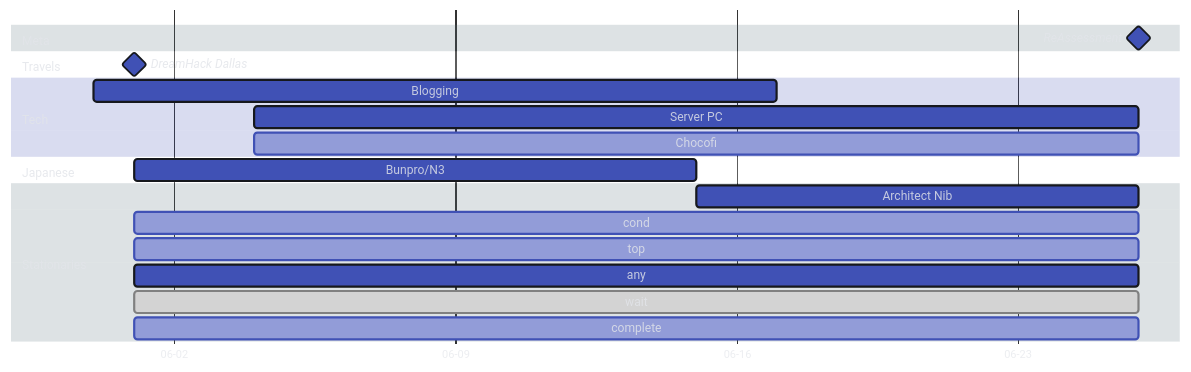
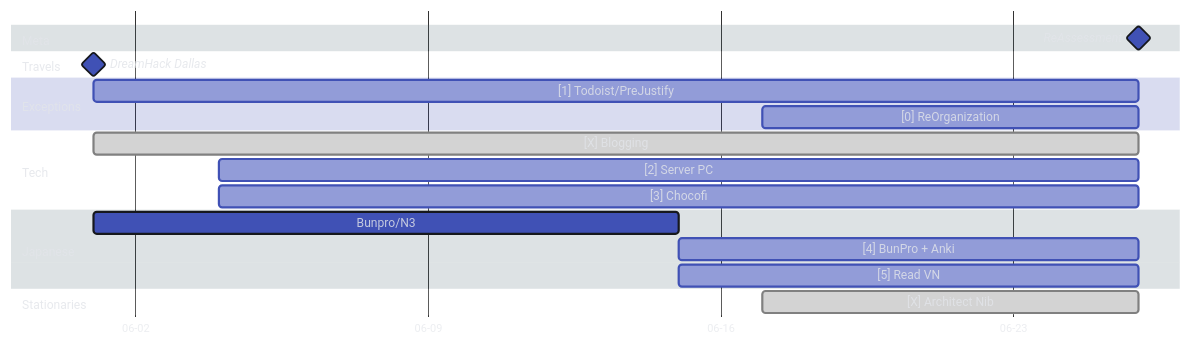
The first of 2 diagrams in docs/index.md (Serralq/Project-Norn), drawn with Mermaid before and after one commit. The commit also changed other lines of this file, not shown here.

````diff
--- a/docs/index.md
+++ b/docs/index.md
@@ -47,44 +48,47 @@
     ``` mermaid
     %%{
       init: {
         'theme': 'base',
         'themeVariables': {
-            'darkMode': 'true',
-            'fontFamily': 'hermit',
-            'primaryColor': '#4051b5',
-            'primaryBorderColor': '#16181D',
-            'tertiaryColor': '#546d78',
-            'tertiaryTextColor': '#E2E4E9D1',
-            'textColor': '#E2E4E9D1',
-            'noteTextColor': '#E2E4E9D1'
+          'darkMode': 'true',
+          'fontFamily': 'hermit',
+          'primaryColor': '#4051b5',
+          'primaryBorderColor': '#16181D',
+          'tertiaryColor': '#546d78',
+          'tertiaryTextColor': '#E2E4E9D1',
+          'textColor': '#E2E4E9D1',
+          'noteTextColor': '#E2E4E9D1'
         }
       }
     }%%
     gantt
-        dateFormat YY-MM-DD
-        axisFormat %m-%d
-        tickInterval 1week
-        todayMarker stroke-width:3px,stroke:#E2E4E9,opacity:0.5
-        
-        section Meta
-            ReAssessment              :milestone,  m1, 24-06-26, 0d
+      dateFormat YY-MM-DD
+      axisFormat %m-%d
+      tickInterval 1week
+      todayMarker stroke-width:3px,stroke:#E2E4E9,opacity:0.5
+      
+      section Meta
+        ReAssessment              :milestone,  m1, 24-06-26, 0d
 
-        section Travels
-            DreamHack Dallas          :milestone,  v1, 24-06-01, 0d
+      section Travels
+        DreamHack Dallas          :milestone,  v1, 24-06-01, 0d
+          
+      section Exceptions
+        %% Active
+        [1] Todoist/PreJustify        :active,     m2, 24-06-01, until m1
+        [0] ReOrganization            :active,     m3, 24-06-17, until m1
     
-        section Tech
-            Blogging                  :            t1, 24-05-31, 24-06-17
-            Server PC                 :            t2, 24-06-04, until m1
-            Chocofi                   :active,     t3, 24-06-04, until m1
+      section Tech
+        [X] Blogging                  :done,       t1, 24-06-01, until m1
+        [2] Server PC                 :active,     t2, 24-06-04, until m1
+        [3] Chocofi                   :active,     t3, 24-06-04, until m1
     
-        section Japanese
-            Bunpro/N3                 :            j1, 24-06-01, 24-06-15
-        
-        section Stationaries
-            Architect Nib             :            s1, 24-06-15, until m1
-            cond                      :active,     24-06-01, until m1
-            top                       :active,     24-06-01, until m1
-            any                       :            24-06-01, until m1
-            wait                      :done,       24-06-01, until m1
-            complete                  :active,     24-06-01, until m1
+      section Japanese
+        Bunpro/N3                 :            j1, 24-06-01, 24-06-15
+        [4] BunPro + Anki             :active,     j2, after j1, until m1
+        [5] Read VN                   :active,     j3, after j1, until m1
+      
+      section Stationaries
+        %% Active
+        [X] Architect Nib             :done,       s1, 24-06-17, until m1
     ```
````
